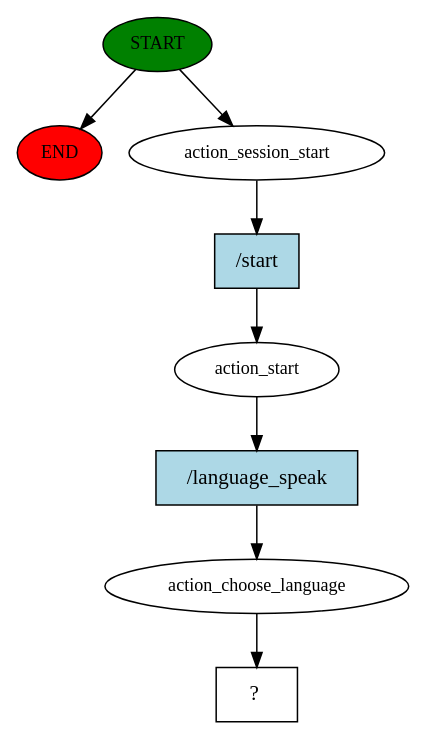
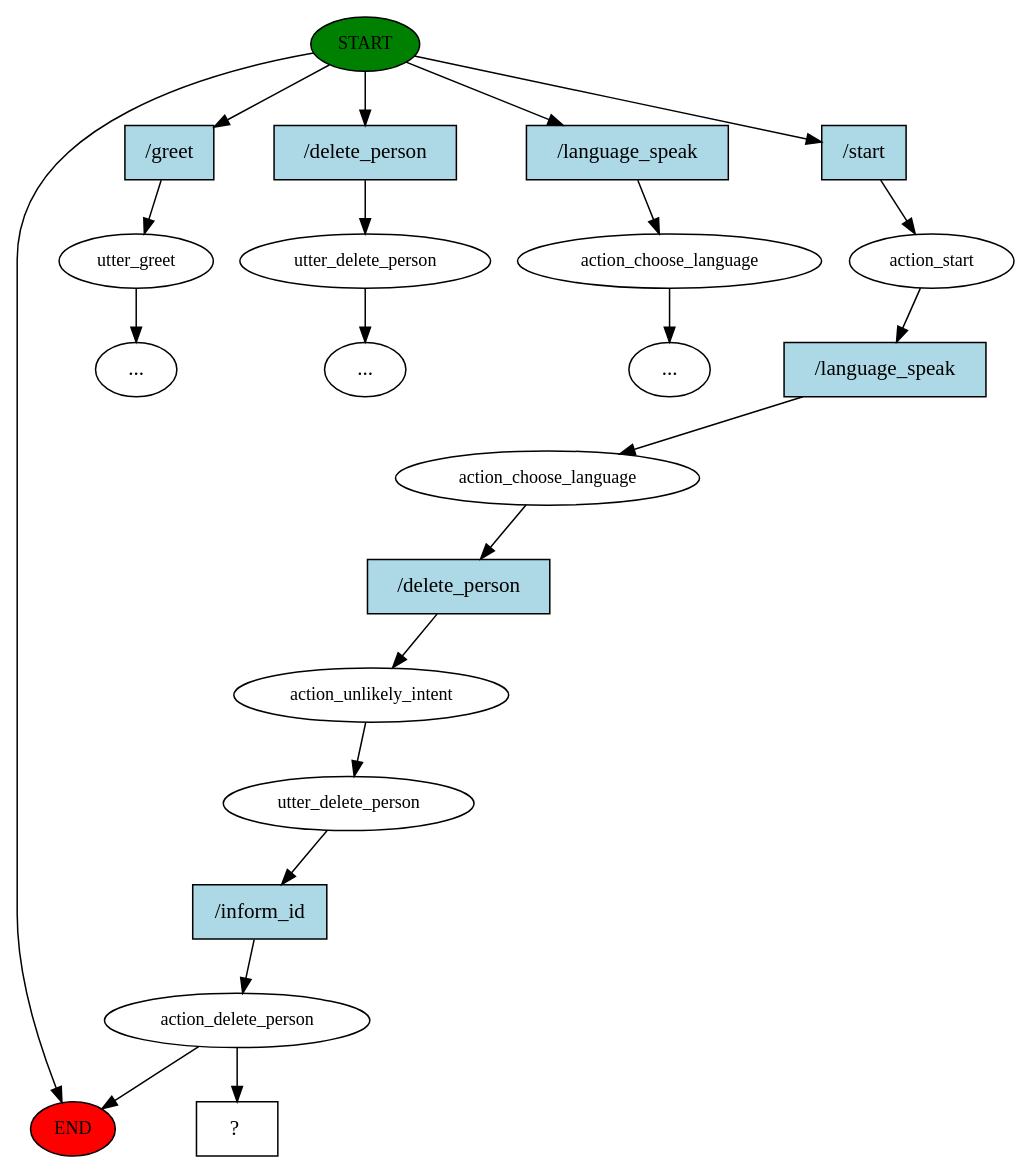
The diagram in time/story_graph.dot (nathaliaspatricio/rasa-examples), drawn with Graphviz before and after one commit. The commit also changed 9 other files, not shown here.

```diff
--- a/time/story_graph.dot
+++ b/time/story_graph.dot
@@ -1,17 +1,44 @@
 digraph  {
 0 [class="start active", fillcolor=green, fontsize=12, label=START, style=filled];
 "-1" [class=end, fillcolor=red, fontsize=12, label=END, style=filled];
-1 [class=active, fontsize=12, label=action_session_start];
-2 [class=active, fontsize=12, label=action_start];
-3 [class=active, fontsize=12, label=action_choose_language];
-4 [class="intent dashed active", label="  ?  ", shape=rect];
-5 [class="intent active", fillcolor=lightblue, label="/start", shape=rect, style=filled];
-6 [class="intent active", fillcolor=lightblue, label="/language_speak", shape=rect, style=filled];
+1 [class="", fontsize=12, label=utter_greet];
+6 [class="", fontsize=12, label=utter_delete_person];
+"-8" [class=ellipsis, label="..."];
+"-14" [class=ellipsis, label="..."];
+13 [class="", fontsize=12, label=action_choose_language];
+"-15" [class=ellipsis, label="..."];
+14 [class=active, fontsize=12, label=action_start];
+15 [class=active, fontsize=12, label=action_choose_language];
+16 [class=active, fontsize=12, label=action_unlikely_intent];
+17 [class=active, fontsize=12, label=utter_delete_person];
+18 [class=active, fontsize=12, label=action_delete_person];
+49 [class="intent dashed active", label="  ?  ", shape=rect];
+50 [class=intent, fillcolor=lightblue, label="/greet", shape=rect, style=filled];
+51 [class=intent, fillcolor=lightblue, label="/delete_person", shape=rect, style=filled];
+52 [class=intent, fillcolor=lightblue, label="/language_speak", shape=rect, style=filled];
+53 [class="intent active", fillcolor=lightblue, label="/start", shape=rect, style=filled];
+54 [class="intent active", fillcolor=lightblue, label="/language_speak", shape=rect, style=filled];
+55 [class="intent active", fillcolor=lightblue, label="/delete_person", shape=rect, style=filled];
+56 [class="intent active", fillcolor=lightblue, label="/inform_id", shape=rect, style=filled];
 0 -> "-1"  [class="", key=NONE, label=""];
-0 -> 1  [class=active, key=NONE, label=""];
-1 -> 5  [class=active, key=0];
-2 -> 6  [class=active, key=0];
-3 -> 4  [class=active, key=NONE, label=""];
-5 -> 2  [class=active, key=0];
-6 -> 3  [class=active, key=0];
+0 -> 50  [class="", key=0];
+0 -> 51  [class="", key=0];
+0 -> 52  [class="", key=0];
+0 -> 53  [class=active, key=0];
+1 -> "-14"  [class="", key=NONE, label=""];
+6 -> "-8"  [class="", key=NONE, label=""];
+13 -> "-15"  [class="", key=NONE, label=""];
+14 -> 54  [class=active, key=0];
+15 -> 55  [class=active, key=0];
+16 -> 17  [class=active, key=NONE, label=""];
+17 -> 56  [class=active, key=0];
+18 -> "-1"  [class="", key=NONE, label=""];
+18 -> 49  [class=active, key=NONE, label=""];
+50 -> 1  [class="", key=0];
+51 -> 6  [class="", key=0];
+52 -> 13  [class="", key=0];
+53 -> 14  [class=active, key=0];
+54 -> 15  [class=active, key=0];
+55 -> 16  [class=active, key=0];
+56 -> 18  [class=active, key=0];
 }
```
